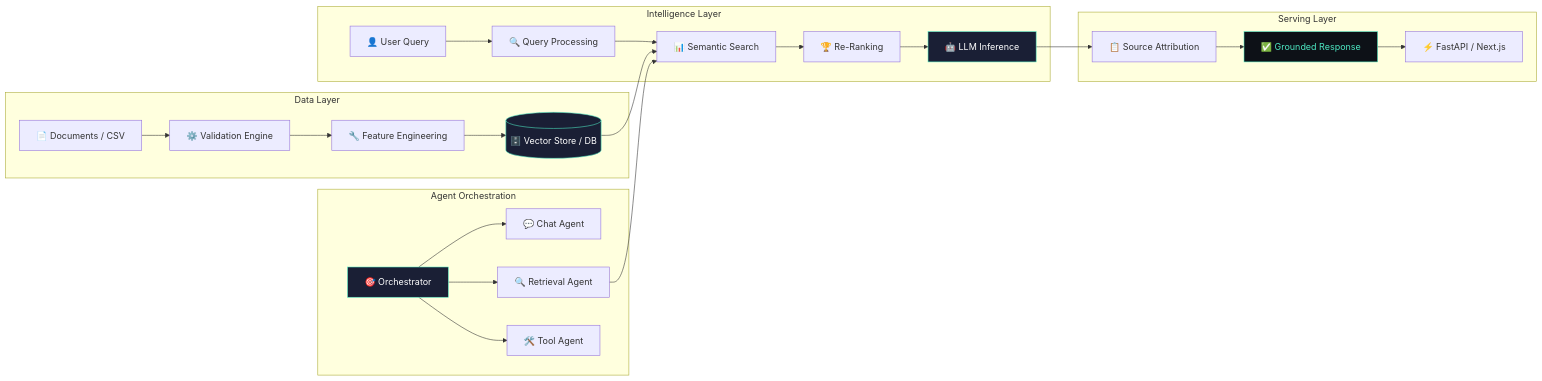
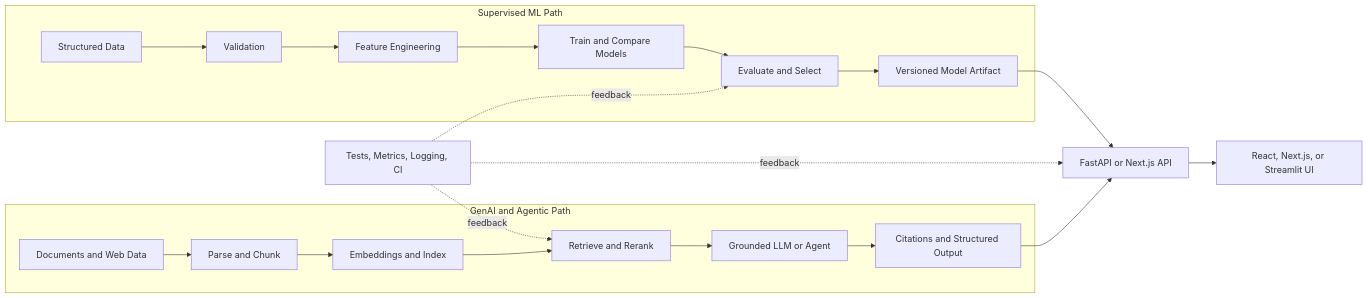
The diagram in README.md (kumarvishal10351/kumarvishal10351), drawn with Mermaid before and after one commit. The commit also changed other lines of this file, not shown here.

````diff
--- a/README.md
+++ b/README.md
@@ -184,34 +154,26 @@
 ```mermaid
-graph LR
-    subgraph Data Layer
-        A["📄 Documents / CSV"] --> B["⚙️ Validation Engine"]
-        B --> C["🔧 Feature Engineering"]
-        C --> D[("🗄️ Vector Store / DB")]
+flowchart LR
+    subgraph ML[Supervised ML Path]
+        A[Structured Data] --> B[Validation]
+        B --> C[Feature Engineering]
+        C --> D[Train and Compare Models]
+        D --> E[Evaluate and Select]
+        E --> F[Versioned Model Artifact]
     end
 
-    subgraph Intelligence Layer
-        E["👤 User Query"] --> F["🔍 Query Processing"]
-        F --> G["📊 Semantic Search"]
-        D --> G
-        G --> H["🏆 Re-Ranking"]
-        H --> I["🤖 LLM Inference"]
+    subgraph GENAI[GenAI and Agentic Path]
+        G[Documents and Web Data] --> H[Parse and Chunk]
+        H --> I[Embeddings and Index]
+        I --> J[Retrieve and Rerank]
+        J --> K[Grounded LLM or Agent]
+        K --> L[Citations and Structured Output]
     end
 
-    subgraph Serving Layer
-        I --> J["📋 Source Attribution"]
-        J --> K["✅ Grounded Response"]
-        K --> L["⚡ FastAPI / Next.js"]
-    end
+    F --> M[FastAPI or Next.js API]
+    L --> M
+    M --> N[React, Next.js, or Streamlit UI]
 
-    subgraph Agent Orchestration
-        M["🎯 Orchestrator"] --> N["💬 Chat Agent"]
-        M --> O["🔍 Retrieval Agent"]
-        M --> P["🛠️ Tool Agent"]
-        O --> G
-    end
-
-    style D fill:#1a1f35,stroke:#4de8c2,color:#fff
-    style I fill:#1a1f35,stroke:#4de8c2,color:#fff
-    style M fill:#1a1f35,stroke:#4de8c2,color:#fff
-    style K fill:#0d1117,stroke:#4de8c2,color:#4de8c2
+    O[Tests, Metrics, Logging, CI] -. feedback .-> E
+    O -. feedback .-> J
+    O -. feedback .-> M
 ```
````
